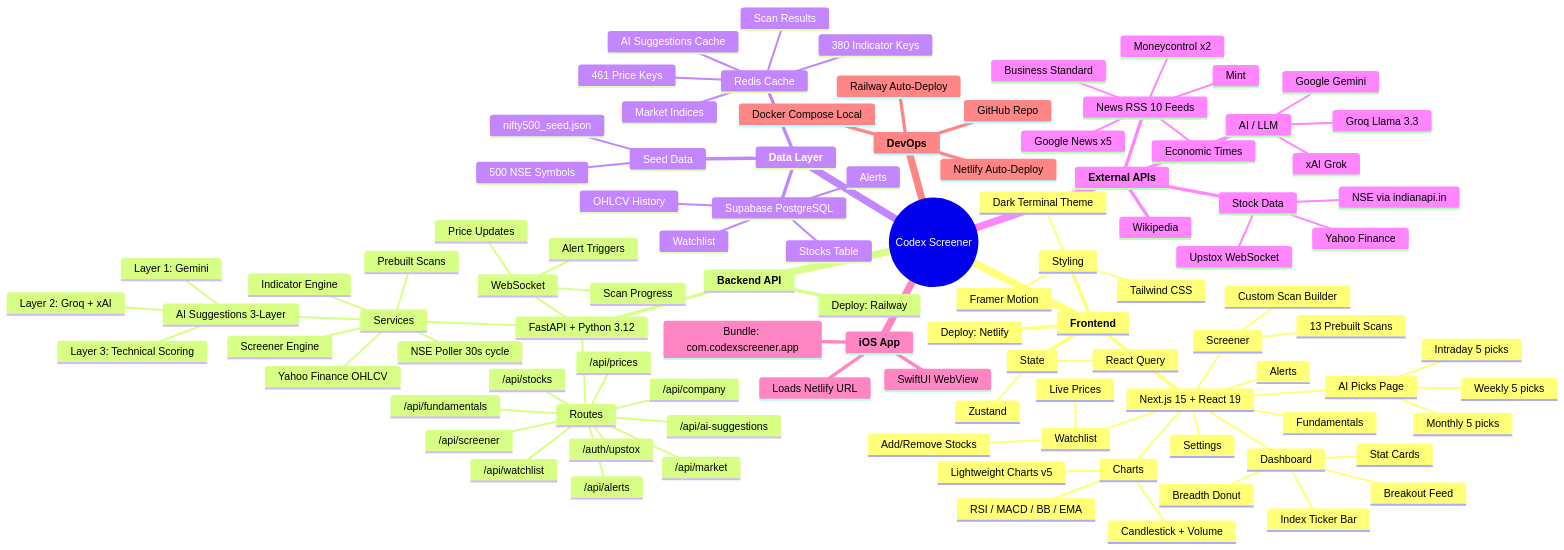
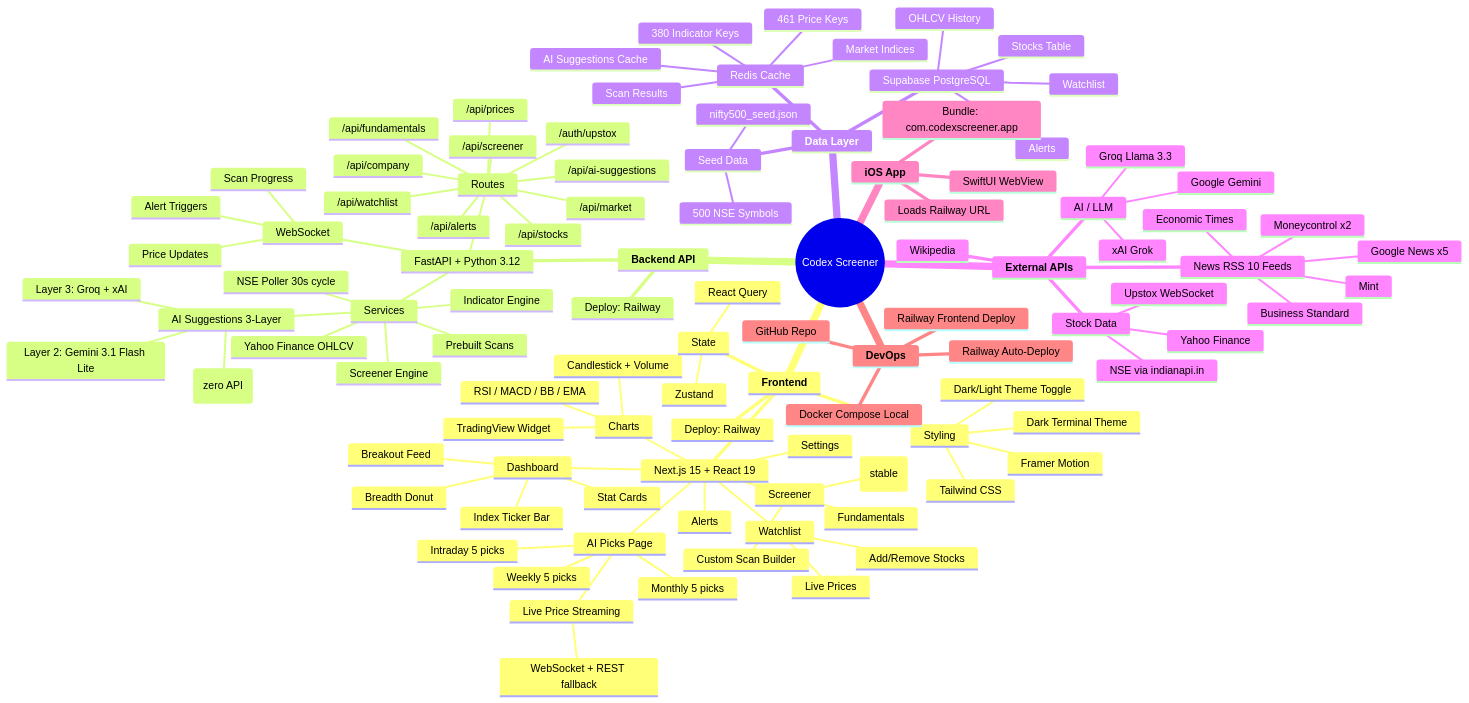
One commit to iamadarsha/Codex-Screener changed the first of 4 diagrams in PROJECT_MINDMAP.md. Above: the diagram before and after it, drawn with Mermaid. The commit also changed other lines of this file and 3 other files, not shown here.

````diff
--- a/PROJECT_MINDMAP.md
+++ b/PROJECT_MINDMAP.md
@@ -20,11 +20,13 @@
           Intraday 5 picks
           Weekly 5 picks
           Monthly 5 picks
+          Live Price Streaming
+            WebSocket + REST fallback
         Screener
-          13 Prebuilt Scans
+          13 Prebuilt Scans (stable)
           Custom Scan Builder
         Charts
-          Lightweight Charts v5
+          TradingView Widget
           Candlestick + Volume
           RSI / MACD / BB / EMA
         Watchlist
@@ -37,10 +39,11 @@
         Tailwind CSS
         Dark Terminal Theme
         Framer Motion
+        Dark/Light Theme Toggle
       State
         React Query
         Zustand
-      Deploy: Netlify
+      Deploy: Railway
     **Backend API**
       FastAPI + Python 3.12
         Routes
@@ -56,9 +59,9 @@
           /auth/upstox
         Services
           AI Suggestions 3-Layer
-            Layer 1: Gemini
-            Layer 2: Groq + xAI
-            Layer 3: Technical Scoring
+            Layer 1: RSS + Technical Scoring (zero API)
+            Layer 2: Gemini 3.1 Flash Lite
+            Layer 3: Groq + xAI
           NSE Poller 30s cycle
           Yahoo Finance OHLCV
           Indicator Engine
@@ -103,10 +106,10 @@
     **iOS App**
       SwiftUI WebView
       Bundle: com.codexscreener.app
-      Loads Netlify URL
+      Loads Railway URL
     **DevOps**
       GitHub Repo
       Railway Auto-Deploy
-      Netlify Auto-Deploy
+      Railway Frontend Deploy
       Docker Compose Local
 ```
````
